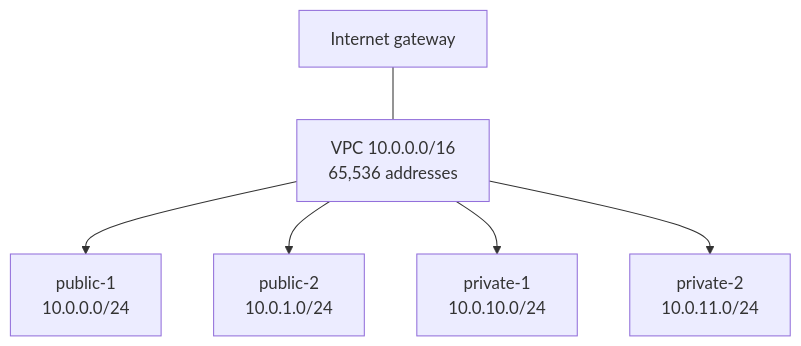
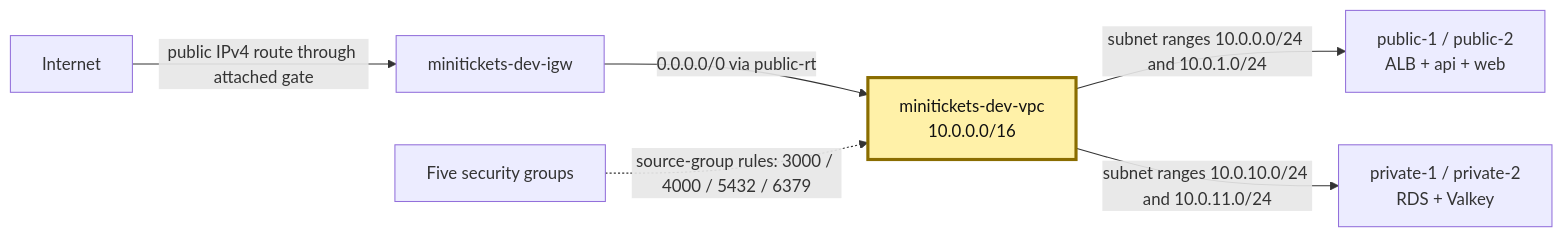
The first of 2 diagrams in docs/handbook/concepts/vpc.md (maheshnd/minitickets), drawn with Mermaid before and after one commit. The commit also changed other lines of this file and 43 other files, not shown here.

````diff
--- a/docs/handbook/concepts/vpc.md
+++ b/docs/handbook/concepts/vpc.md
@@ -19,8 +14,10 @@
 ```mermaid
-flowchart TB
-    vpc["VPC 10.0.0.0/16<br/>65,536 addresses"] --> p1["public-1<br/>10.0.0.0/24"]
-    vpc --> p2["public-2<br/>10.0.1.0/24"]
-    vpc --> q1["private-1<br/>10.0.10.0/24"]
-    vpc --> q2["private-2<br/>10.0.11.0/24"]
-    igw["Internet gateway"] --- vpc
+flowchart LR
+    internet["Internet"] -->|"public IPv4 route through attached gate"| gate["minitickets-dev-igw"]
+    gate -->|"0.0.0.0/0 via public-rt"| city["minitickets-dev-vpc<br/>10.0.0.0/16"]
+    city -->|"subnet ranges 10.0.0.0/24 and 10.0.1.0/24"| public["public-1 / public-2<br/>ALB + api + web"]
+    city -->|"subnet ranges 10.0.10.0/24 and 10.0.11.0/24"| private["private-1 / private-2<br/>RDS + Valkey"]
+    guards["Five security groups"] -.->|"source-group rules: 3000 / 4000 / 5432 / 6379"| city
+    classDef focus fill:#fff1a8,stroke:#8a6d00,stroke-width:3px,color:#111
+    class city focus
 ```
````
